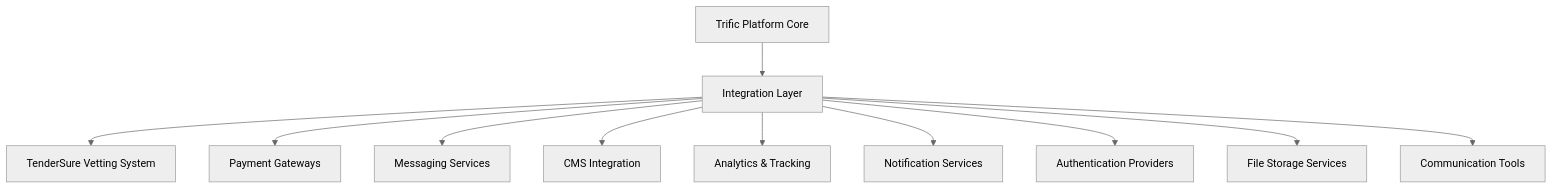
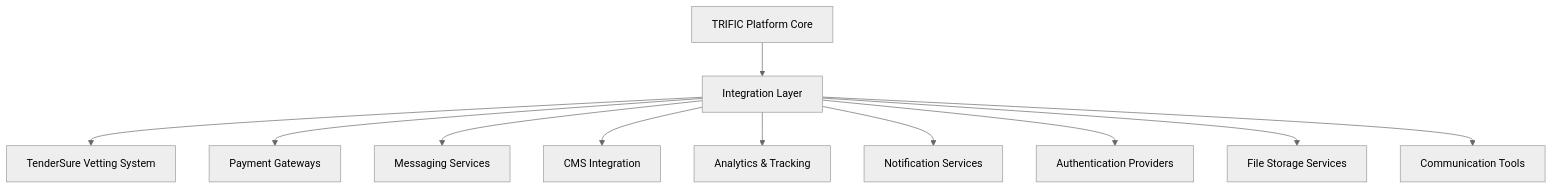
The diagram in docs/integrations/index.md (TenderSure-Africa-SEZ/trific-platform-docs), drawn with Mermaid (neutral theme) before and after one commit. The commit also changed other lines of this file and 73 other files, not shown here.

Commit message:
Update documentation to reflect rebranding from Trific to TRIFIC across all files. This includes changes to platform descriptions, API references, user guides, and support documentation to ensure consistency in branding and terminology.

````diff
--- a/docs/integrations/index.md
+++ b/docs/integrations/index.md
@@ -7,13 +7,13 @@
 ```mermaid
 graph TB
-    A[Trific Platform Core] --> B[Integration Layer]
+    A[TRIFIC Platform Core] --> B[Integration Layer]
     B --> C[TenderSure Vetting System]
     B --> D[Payment Gateways]
     B --> E[Messaging Services]
     B --> F[CMS Integration]
     B --> G[Analytics & Tracking]
     B --> H[Notification Services]
     B --> I[Authentication Providers]
     B --> J[File Storage Services]
     B --> K[Communication Tools]
 ```
````
